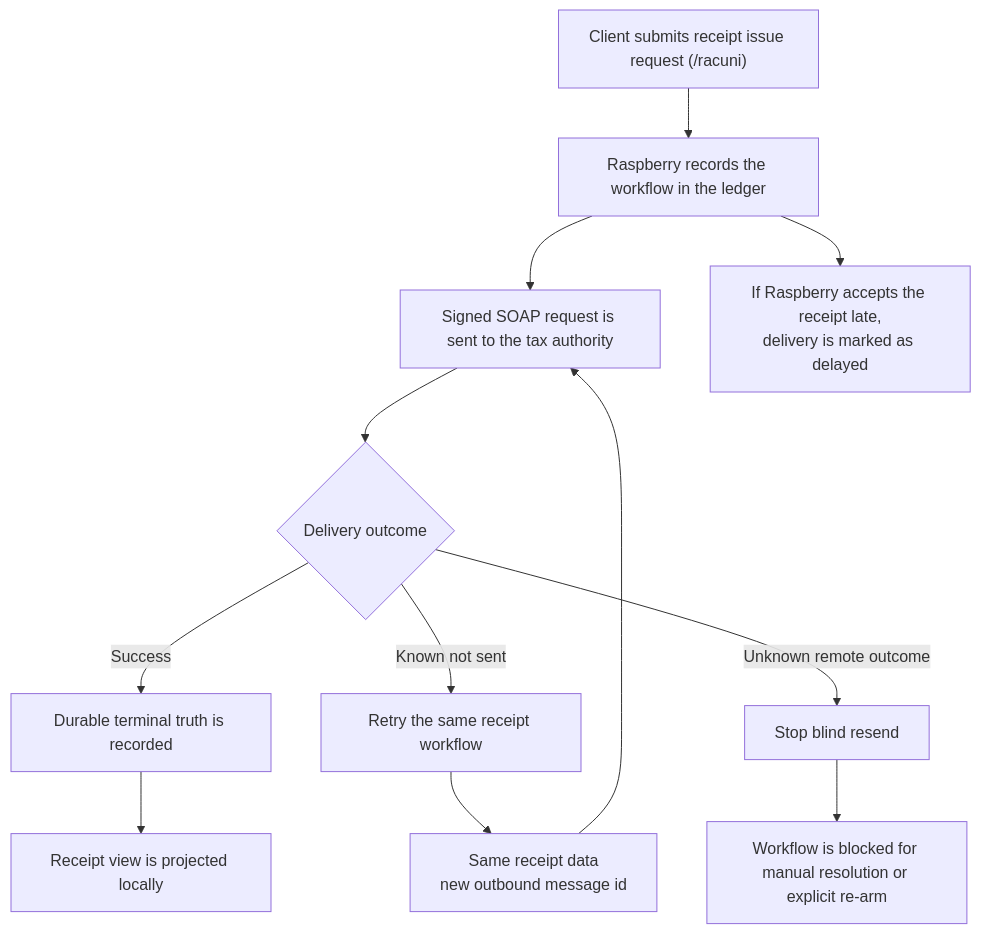
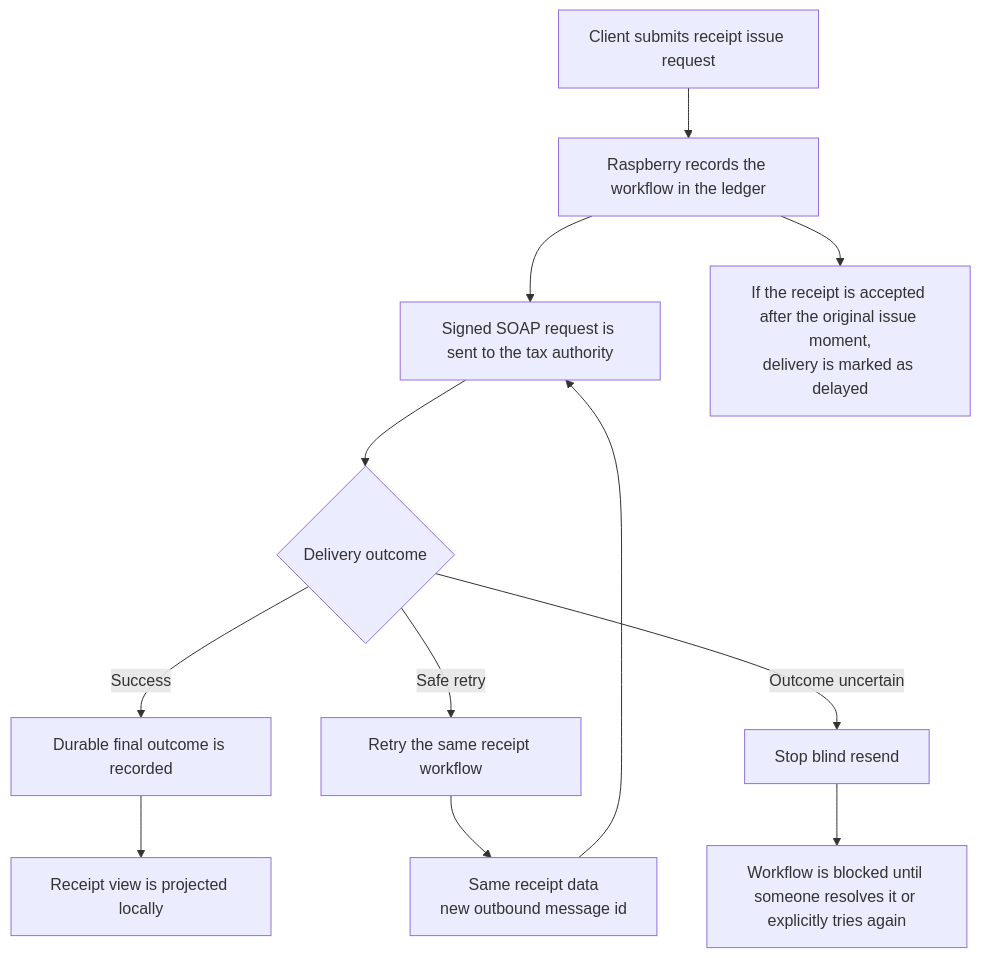
The diagram in hospitality-pos/raspberry-pi-spring/features/05-tax-authority-integration-and-recovery/README.md (kaddaak/portfolio), drawn with Mermaid before and after one commit. The commit also changed other lines of this file and 4 other files, not shown here.

````diff
--- a/hospitality-pos/raspberry-pi-spring/features/05-tax-authority-integration-and-recovery/README.md
+++ b/hospitality-pos/raspberry-pi-spring/features/05-tax-authority-integration-and-recovery/README.md
@@ -5,18 +5,18 @@
 ```mermaid
 flowchart TD
-  A["Client submits receipt issue request (/racuni)"] --> B["Raspberry records the workflow in the ledger"]
+  A["Client submits receipt issue request"] --> B["Raspberry records the workflow in the ledger"]
   B --> C["Signed SOAP request is sent to the tax authority"]
   C --> D{"Delivery outcome"}
 
-  D -->|Success| E["Durable terminal truth is recorded"]
+  D -->|Success| E["Durable final outcome is recorded"]
   E --> F["Receipt view is projected locally"]
 
-  D -->|Known not sent| G["Retry the same receipt workflow"]
+  D -->|Safe retry| G["Retry the same receipt workflow"]
   G --> H["Same receipt data<br/>new outbound message id"]
   H --> C
 
-  D -->|Unknown remote outcome| I["Stop blind resend"]
-  I --> J["Workflow is blocked for manual resolution or explicit re-arm"]
+  D -->|Outcome uncertain| I["Stop blind resend"]
+  I --> J["Workflow is blocked until someone resolves it or explicitly tries again"]
 
-  B --> K["If Raspberry accepts the receipt late,<br/>delivery is marked as delayed"]
+  B --> K["If the receipt is accepted after the original issue moment,<br/>delivery is marked as delayed"]
 ```
````
